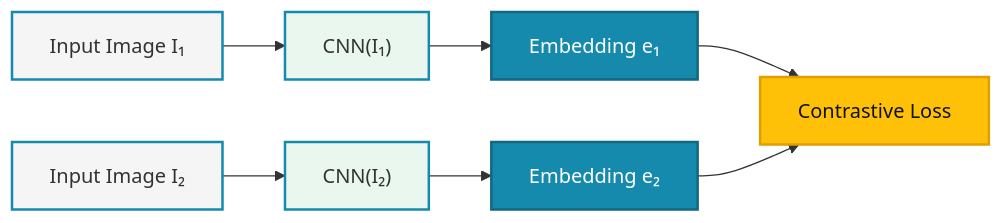
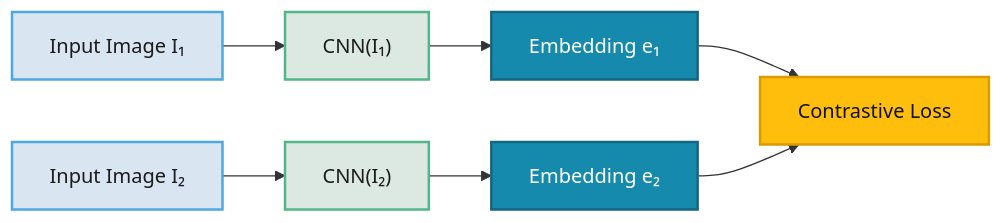
Before and after one commit to danielecocuzza/BLIND: the diagram in README.md, drawn with Mermaid.

````diff
--- a/README.md
+++ b/README.md
@@ -34,21 +34,21 @@
 ```mermaid
 flowchart LR
     I1["Input Image I₁"] --> CNN1["CNN(I₁)"]
     I2["Input Image I₂"] --> CNN2["CNN(I₂)"]
 
     CNN1 --> E1["Embedding e₁"]
     CNN2 --> E2["Embedding e₂"]
 
     E1 --> CL["Contrastive Loss"]
     E2 --> CL
 
-    classDef input fill:#f5f5f5,stroke:#168aad,stroke-width:2px;
-    classDef cnn fill:#eaf7ee,stroke:#168aad,stroke-width:2px;
-    classDef embedding fill:#168aad,color:#fff,stroke:#126782,stroke-width:2px;
-    classDef loss fill:#ffc107,color:#111,stroke:#e09f00,stroke-width:2px;
+    classDef input fill:#d9e6f2,stroke:#4ea8de,stroke-width:2px,color:#1b1b1b;
+    classDef cnn fill:#dce8e2,stroke:#52b788,stroke-width:2px,color:#1b1b1b;
+    classDef embedding fill:#168aad,stroke:#126782,stroke-width:2px,color:#ffffff;
+    classDef loss fill:#ffbe0b,stroke:#d89b00,stroke-width:2px,color:#111111;
 
     class I1,I2 input;
     class CNN1,CNN2 cnn;
     class E1,E2 embedding;
     class CL loss;
 ```
````
